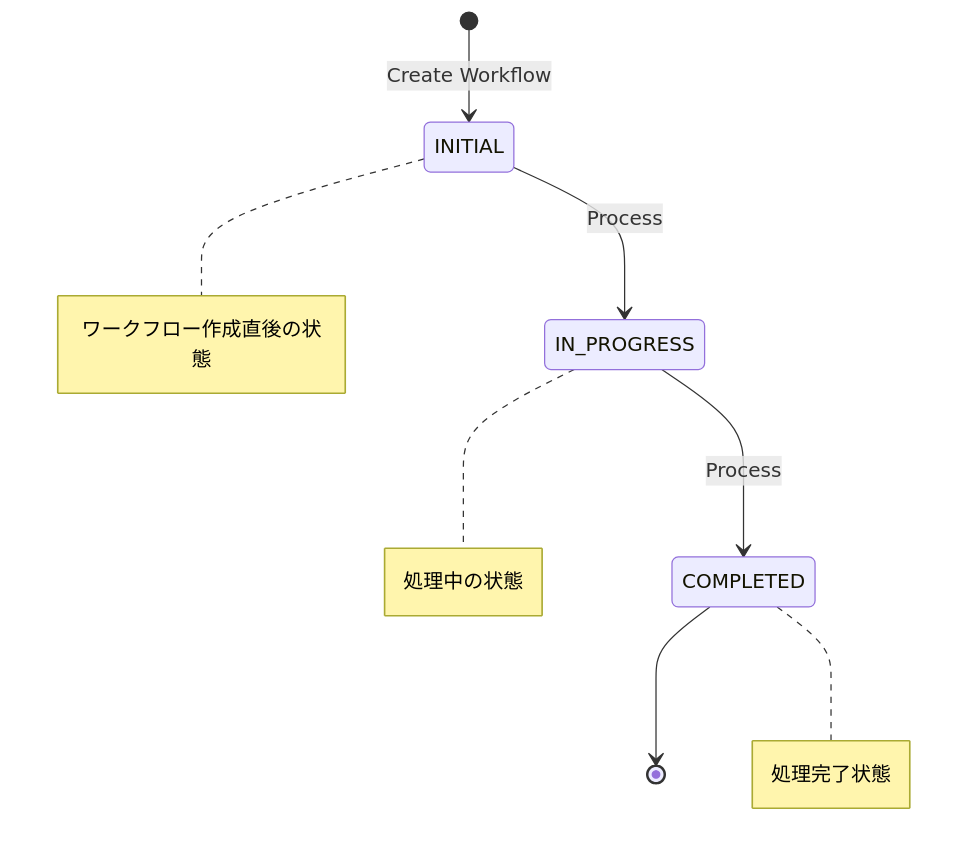
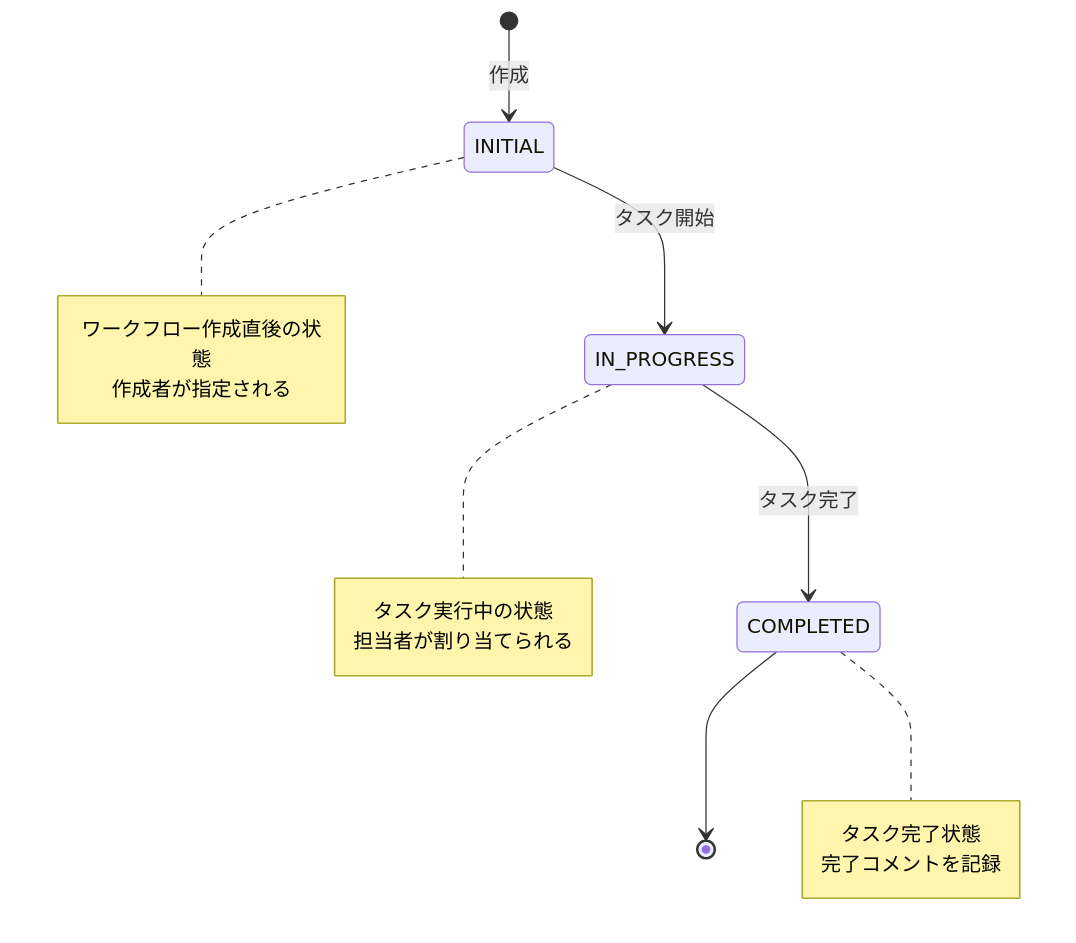
One commit to simultechnology/my-java-workflow-app changed the first of 2 diagrams in README.md. Above: the diagram before and after it, drawn with Mermaid. The commit also changed other lines of this file, not shown here.

````diff
--- a/README.md
+++ b/README.md
@@ -9,19 +28,22 @@
 ```mermaid
 stateDiagram-v2
-    [*] --> INITIAL: Create Workflow
-    INITIAL --> IN_PROGRESS: Process
-    IN_PROGRESS --> COMPLETED: Process
+    [*] --> INITIAL: 作成
+    INITIAL --> IN_PROGRESS: タスク開始
+    IN_PROGRESS --> COMPLETED: タスク完了
     COMPLETED --> [*]
     
     note right of INITIAL
         ワークフロー作成直後の状態
+        作成者が指定される
     end note
     
     note right of IN_PROGRESS
-        処理中の状態
+        タスク実行中の状態
+        担当者が割り当てられる
     end note
     
     note right of COMPLETED
-        処理完了状態
+        タスク完了状態
+        完了コメントを記録
     end note
 ```
````
